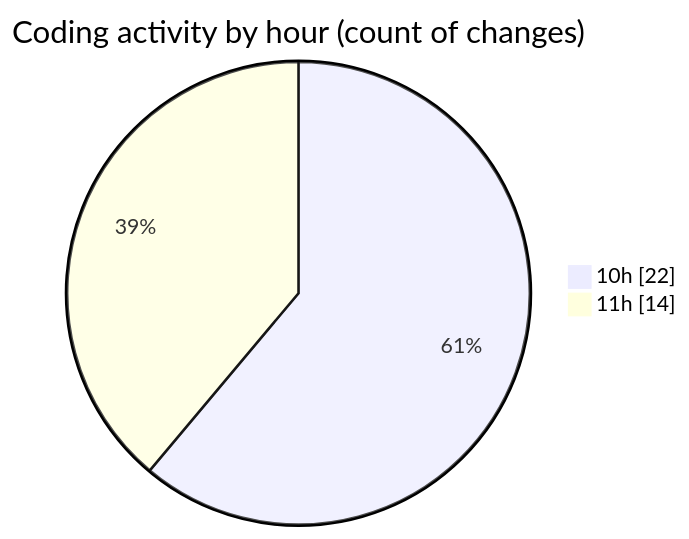
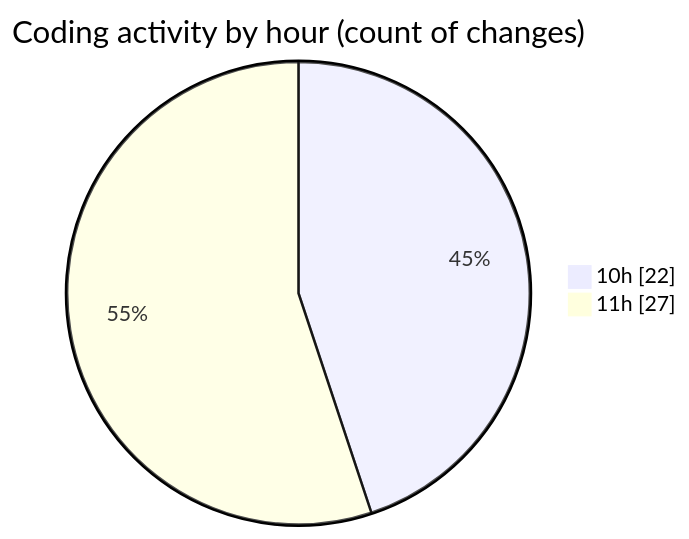
One commit to momahboobian/code-tracking changed the second of 2 diagrams in 2025-04-29/cda/README.md. Above: the diagram before and after it, drawn with Mermaid. The commit also changed other lines of this file and 1 other file, not shown here.

````diff
--- a/2025-04-29/cda/README.md
+++ b/2025-04-29/cda/README.md
@@ -36,6 +36,6 @@
 ```mermaid
 pie showData
 title Coding activity by hour (count of changes)
 "10h" : 22
-"11h" : 14
+"11h" : 27
 ```
````
